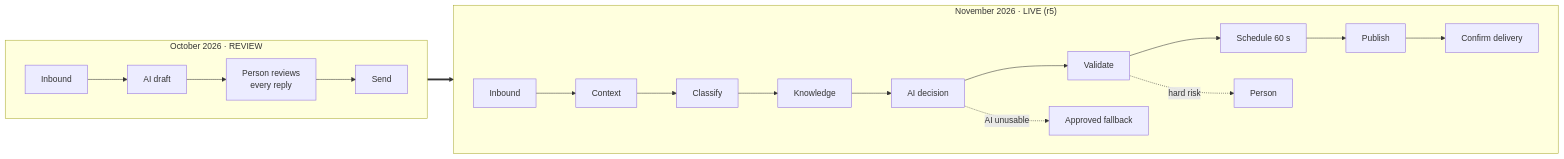
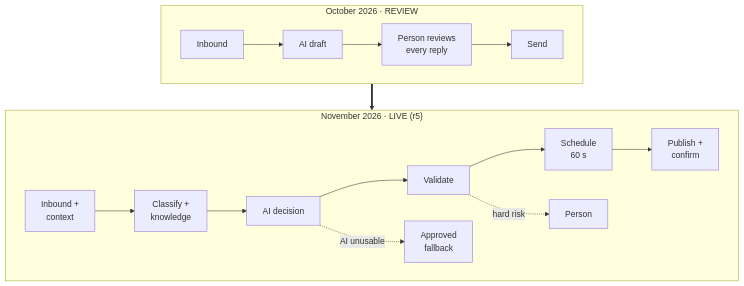
Before and after one commit to gabercmatej/Meta-message-answering-bot: the diagram in README.md, drawn with Mermaid. The commit also changed other lines of this file and 14 other files, not shown here.

Commit message:
final review fixes: demo playback race (78 tests), allowlist without engine entries, provenance of public contact details, captions, diagram legibility

````diff
--- a/README.md
+++ b/README.md
@@ -53,14 +51,14 @@
 ```mermaid
-flowchart LR
+flowchart TB
     subgraph Oct["October 2026 · REVIEW"]
         direction LR
         a1["Inbound"] --> a2["AI draft"] --> a3["Person reviews<br/>every reply"] --> a4["Send"]
     end
     subgraph Nov["November 2026 · LIVE (r5)"]
         direction LR
-        b1["Inbound"] --> b2["Context"] --> b3["Classify"] --> b4["Knowledge"] --> b5["AI decision"] --> b6["Validate"] --> b7["Schedule 60 s"] --> b8["Publish"] --> b9["Confirm delivery"]
+        b1["Inbound +<br/>context"] --> b3["Classify +<br/>knowledge"] --> b5["AI decision"] --> b6["Validate"] --> b7["Schedule<br/>60 s"] --> b8["Publish +<br/>confirm"]
         b6 -. "hard risk" .-> h["Person"]
-        b5 -. "AI unusable" .-> f["Approved fallback"]
+        b5 -. "AI unusable" .-> f["Approved<br/>fallback"]
     end
     Oct ==> Nov
 ```
````
